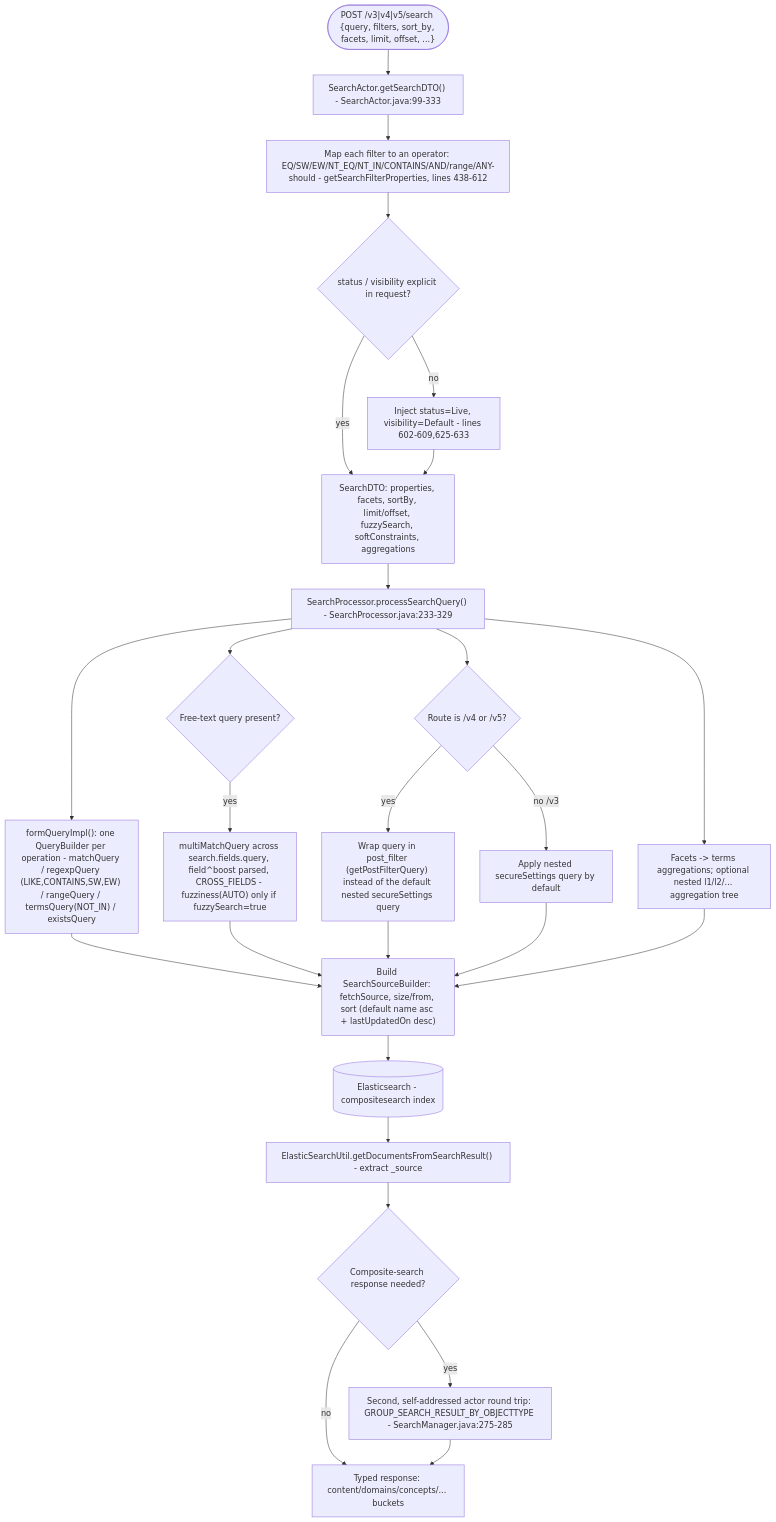
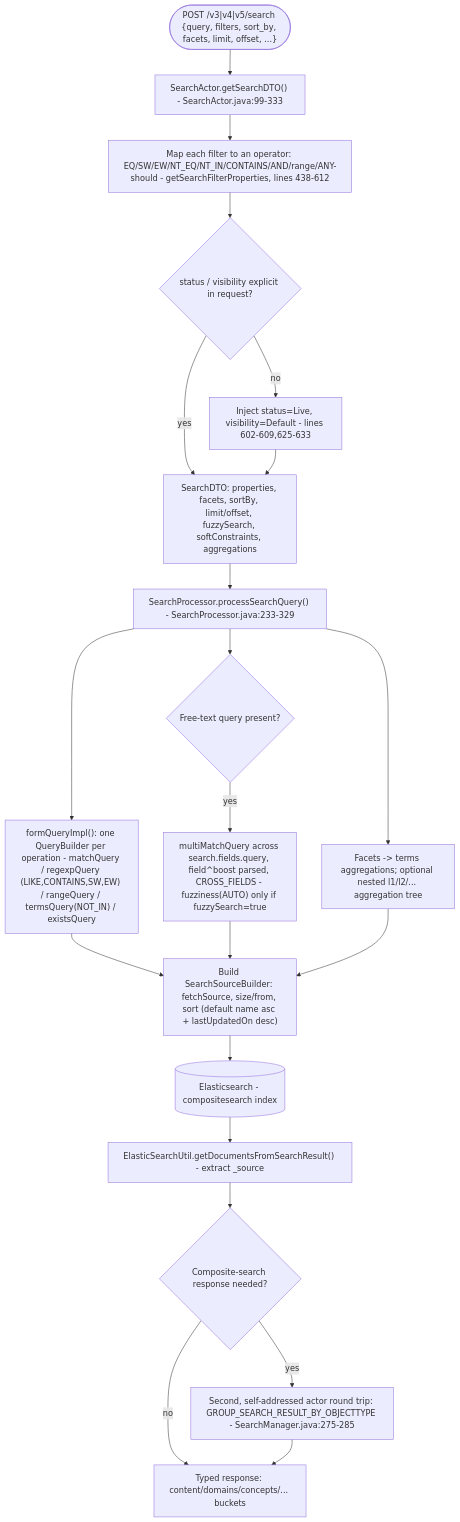
One commit to KB-iGOT/igot-docs changed the second of 4 diagrams in docs/learning-hub/search/lld.md. Above: the diagram before and after it, drawn with Mermaid. The commit also changed other lines of this file and 23 other files, not shown here.

````diff
--- a/docs/learning-hub/search/lld.md
+++ b/docs/learning-hub/search/lld.md
@@ -44,28 +41,23 @@
 ```mermaid
 flowchart TD
     Req(["POST /v3|v4|v5/search {query, filters, sort_by, facets, limit, offset, ...}"]) --> Actor["SearchActor.getSearchDTO() - SearchActor.java:99-333"]
     Actor --> Ops["Map each filter to an operator: EQ/SW/EW/NT_EQ/NT_IN/CONTAINS/AND/range/ANY-should - getSearchFilterProperties, lines 438-612"]
     Ops --> Defaults{"status / visibility explicit in request?"}
     Defaults -->|no| Inject["Inject status=Live, visibility=Default - lines 602-609,625-633"]
     Defaults -->|yes| DTO
     Inject --> DTO["SearchDTO: properties, facets, sortBy, limit/offset, fuzzySearch, softConstraints, aggregations"]
     DTO --> Proc["SearchProcessor.processSearchQuery() - SearchProcessor.java:233-329"]
     Proc --> Bool["formQueryImpl(): one QueryBuilder per operation - matchQuery / regexpQuery (LIKE,CONTAINS,SW,EW) / rangeQuery / termsQuery(NOT_IN) / existsQuery"]
     Proc --> FreeText{"Free-text query present?"}
     FreeText -->|yes| MM["multiMatchQuery across search.fields.query, field^boost parsed, CROSS_FIELDS - fuzziness(AUTO) only if fuzzySearch=true"]
-    Proc --> Secure{"Route is /v4 or /v5?"}
-    Secure -->|yes| PostFilter["Wrap query in post_filter (getPostFilterQuery) instead of the default nested secureSettings query"]
-    Secure -->|no /v3| Nested["Apply nested secureSettings query by default"]
     Proc --> Facets["Facets -> terms aggregations; optional nested l1/l2/... aggregation tree"]
     Bool --> Build["Build SearchSourceBuilder: fetchSource, size/from, sort (default name asc + lastUpdatedOn desc)"]
     MM --> Build
-    PostFilter --> Build
-    Nested --> Build
     Facets --> Build
     Build --> ES[("Elasticsearch - compositesearch index")]
     ES --> Shape["ElasticSearchUtil.getDocumentsFromSearchResult() - extract _source"]
     Shape --> Group{"Composite-search response needed?"}
     Group -->|yes| RoundTrip["Second, self-addressed actor round trip: GROUP_SEARCH_RESULT_BY_OBJECTTYPE - SearchManager.java:275-285"]
     Group -->|no| Resp
     RoundTrip --> Resp["Typed response: content/domains/concepts/... buckets"]
 ```
````
